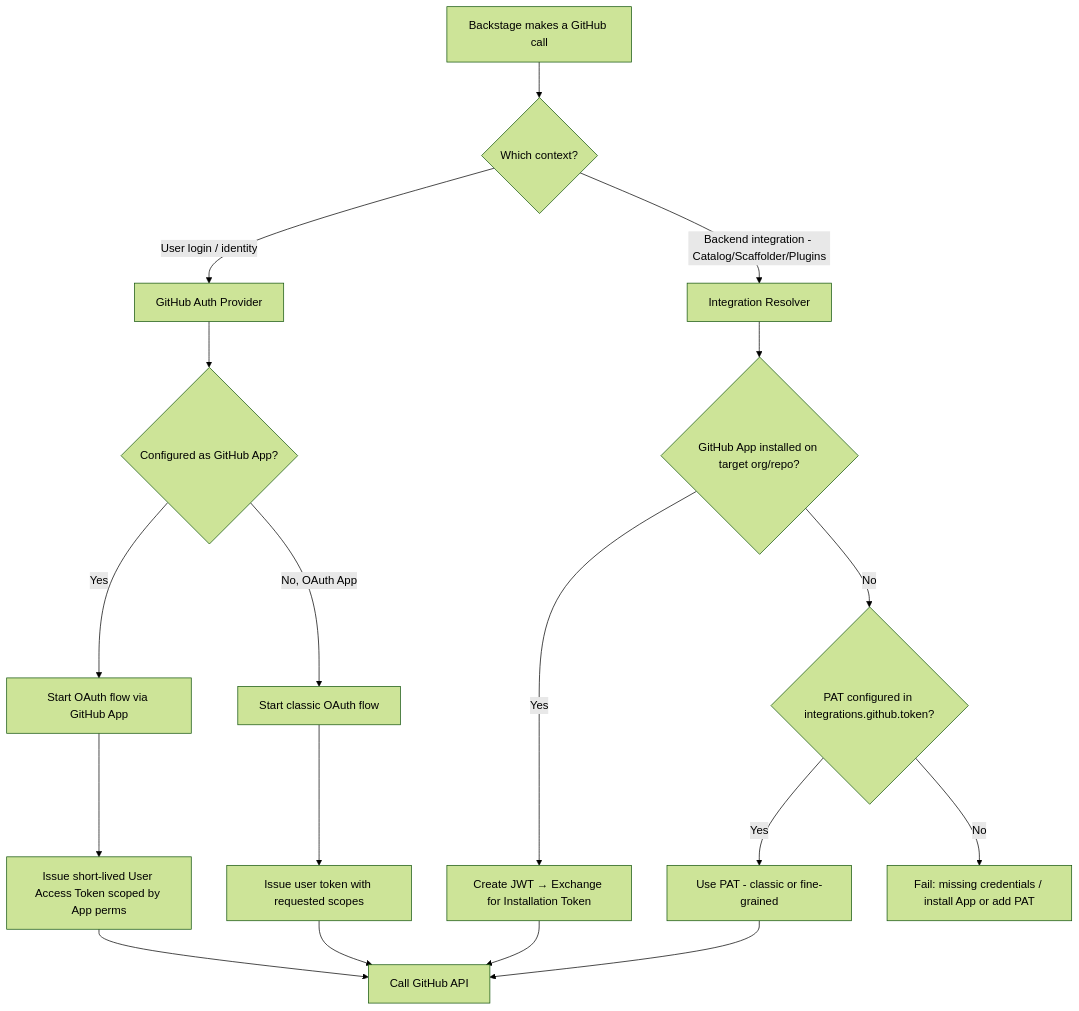
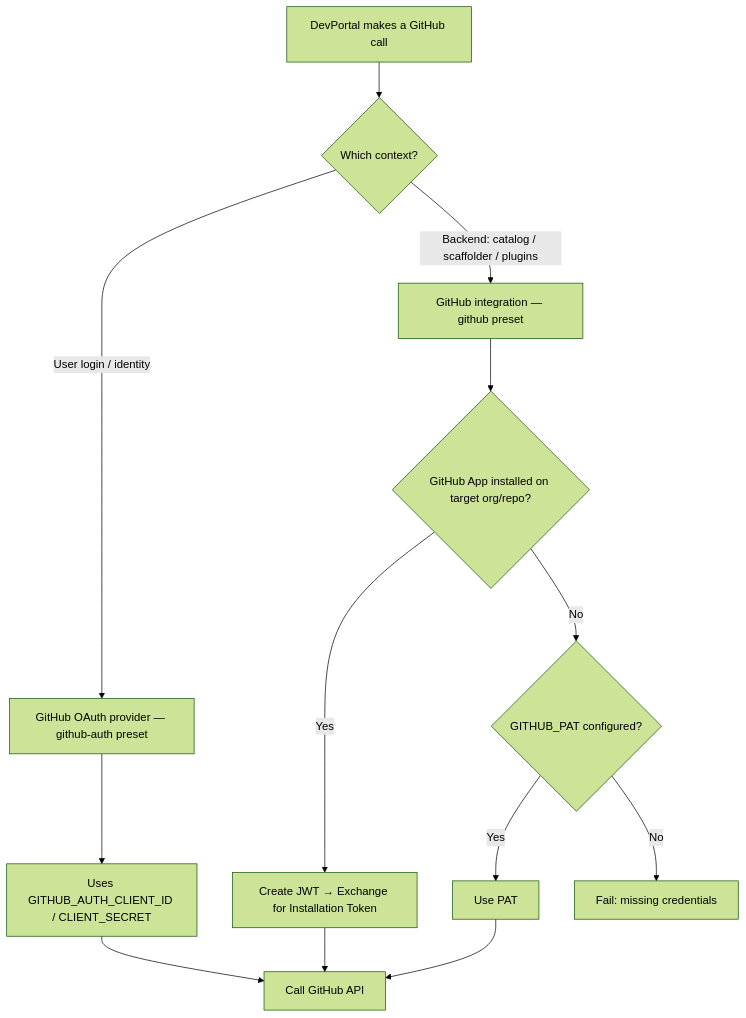
One commit to veecode-platform/docs-next changed the diagram in devportal/integrations/GitHub/github.md. Above: the diagram before and after it, drawn with Mermaid (forest theme). The commit also changed other lines of this file and 158 other files, not shown here.

````diff
--- a/devportal/integrations/GitHub/github.md
+++ b/devportal/integrations/GitHub/github.md
@@ -44,22 +72,17 @@
 ```mermaid
 flowchart TD
-    A[Backstage makes a GitHub call] --> B{Which context?}
+    A[DevPortal makes a GitHub call] --> B{Which context?}
 
-    B -->|User login / identity| U1[GitHub Auth Provider]
-    U1 --> U2{Configured as GitHub App?}
-    U2 -->|Yes| U3[Start OAuth flow via GitHub App]
-    U3 --> U4[Issue short-lived User Access Token scoped by App perms]
-    U2 -->|No, OAuth App| U5[Start classic OAuth flow]
-    U5 --> U6[Issue user token with requested scopes]
-    U4 --> Z[Call GitHub API]
-    U6 --> Z
+    B -->|User login / identity| U1[GitHub OAuth provider — github-auth preset]
+    U1 --> U2[Uses GITHUB_AUTH_CLIENT_ID / CLIENT_SECRET]
+    U2 --> Z[Call GitHub API]
 
-    B -->|Backend integration - Catalog/Scaffolder/Plugins| I1[Integration Resolver]
+    B -->|Backend: catalog / scaffolder / plugins| I1[GitHub integration — github preset]
     I1 --> I2{GitHub App installed on target org/repo?}
     I2 -->|Yes| I3[Create JWT → Exchange for Installation Token]
     I3 --> Z
-    I2 -->|No| I4{PAT configured in integrations.github.token?}
-    I4 -->|Yes| I5[Use PAT - classic or fine-grained]
-    I4 -->|No| I6[Fail: missing credentials / install App or add PAT]
-    I5 --> Z[Call GitHub API]
+    I2 -->|No| I4{GITHUB_PAT configured?}
+    I4 -->|Yes| I5[Use PAT]
+    I4 -->|No| I6[Fail: missing credentials]
+    I5 --> Z
 ```
````
